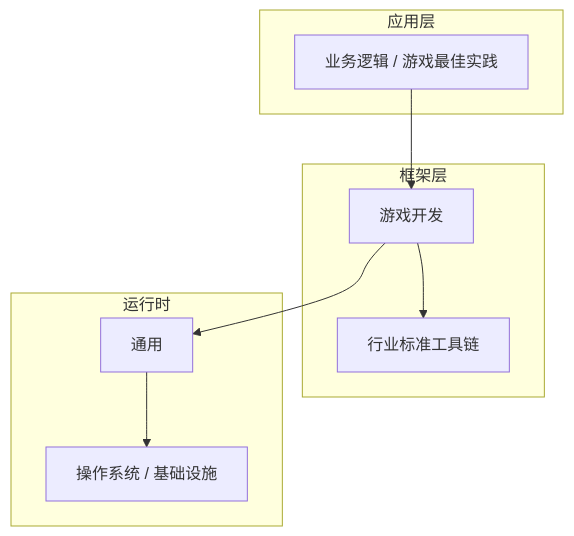
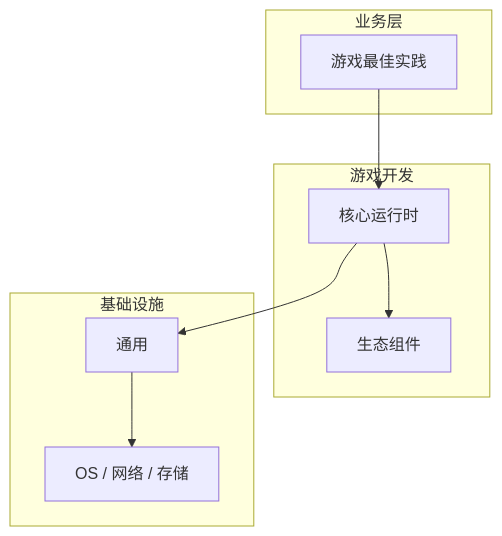
Before and after one commit to yanggan2015/knowledge-json-v2: the diagram in articles/游戏开发/chapters/096-游戏最佳实践核心概念与原理.md, drawn with Mermaid. The commit also changed other lines of this file and 10127 other files, not shown here.

````diff
--- a/articles/游戏开发/chapters/096-游戏最佳实践核心概念与原理.md
+++ b/articles/游戏开发/chapters/096-游戏最佳实践核心概念与原理.md
@@ -45,18 +34,18 @@
 ```mermaid
 graph TB
-    subgraph 应用层
-        A[业务逻辑 / 游戏最佳实践]
+    subgraph 业务层
+        A[游戏最佳实践]
     end
-    subgraph 框架层
-        B[游戏开发]
-        C[行业标准工具链]
+    subgraph 游戏开发
+        B[核心运行时]
+        C[生态组件]
     end
-    subgraph 运行时
+    subgraph 基础设施
         D[通用]
-        E[操作系统 / 基础设施]
+        E[OS / 网络 / 存储]
     end
     A --> B
     B --> C
     B --> D
     D --> E
 ```
````
